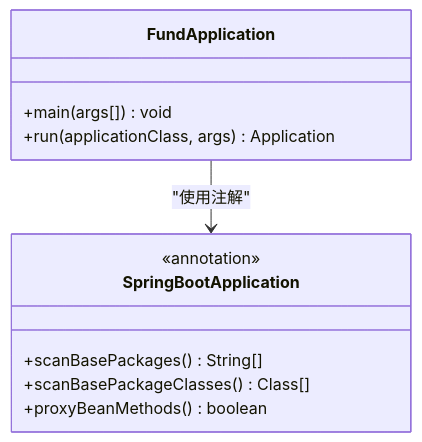
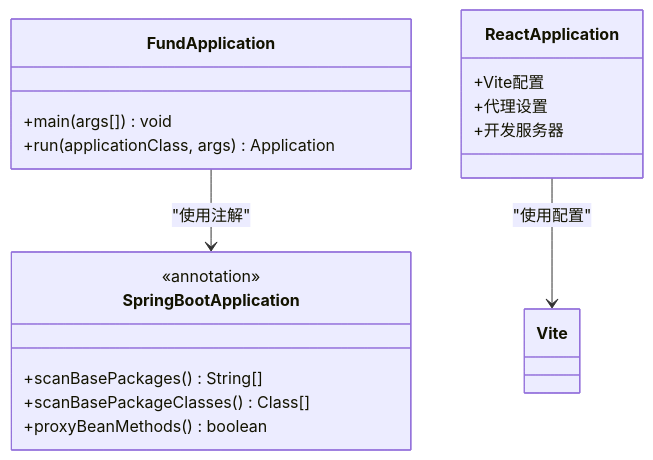
The second of 18 diagrams in .qoder/repowiki/zh/content/核心功能开发/测试策略.md (gree-coder/fund-butler), drawn with Mermaid before and after one commit. The commit also changed other lines of this file and 10 other files, not shown here.

````diff
--- a/.qoder/repowiki/zh/content/核心功能开发/测试策略.md
+++ b/.qoder/repowiki/zh/content/核心功能开发/测试策略.md
@@ -83,14 +94,20 @@
 ```mermaid
 classDiagram
 class FundApplication {
 +main(args[]) void
 +run(applicationClass, args) Application
 }
 class SpringBootApplication {
 <<annotation>>
 +scanBasePackages() String[]
 +scanBasePackageClasses() Class[]
 +proxyBeanMethods() boolean
 }
+class ReactApplication {
++Vite配置
++代理设置
++开发服务器
+}
 FundApplication --> SpringBootApplication : "使用注解"
+ReactApplication --> Vite : "使用配置"
 ```
````
